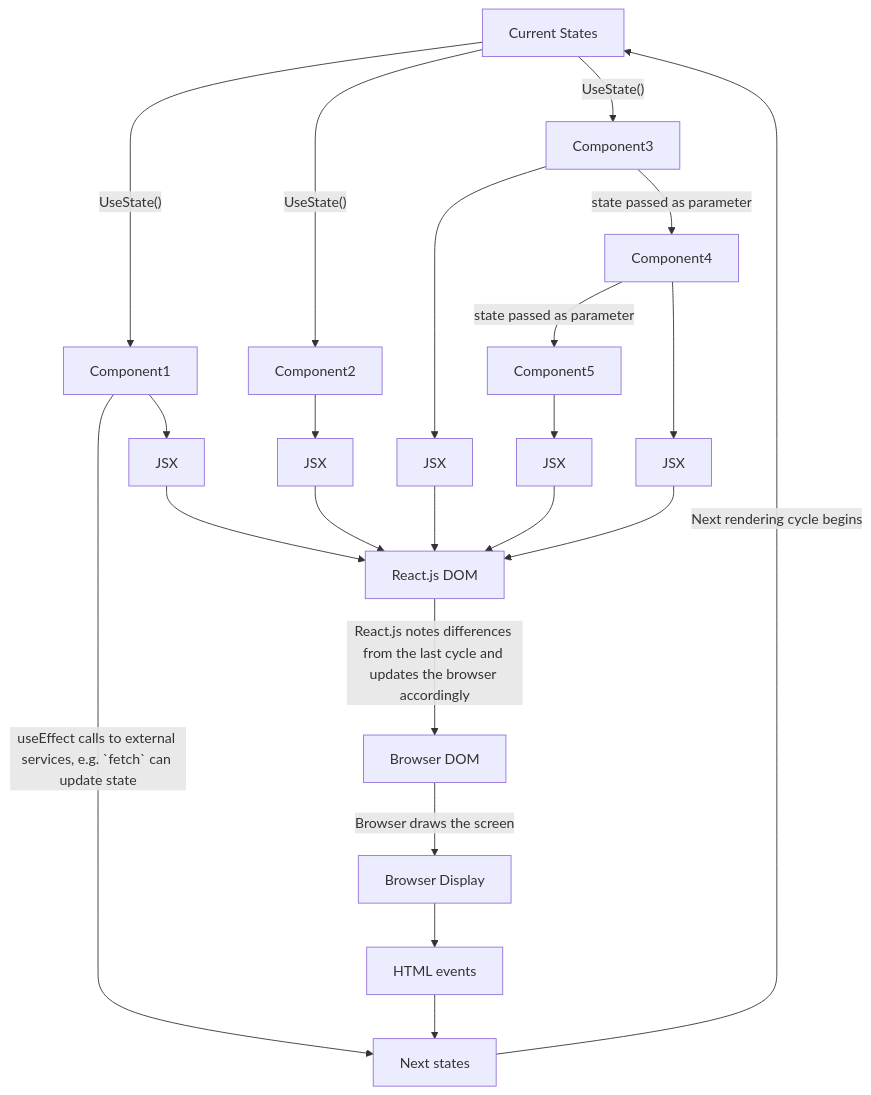
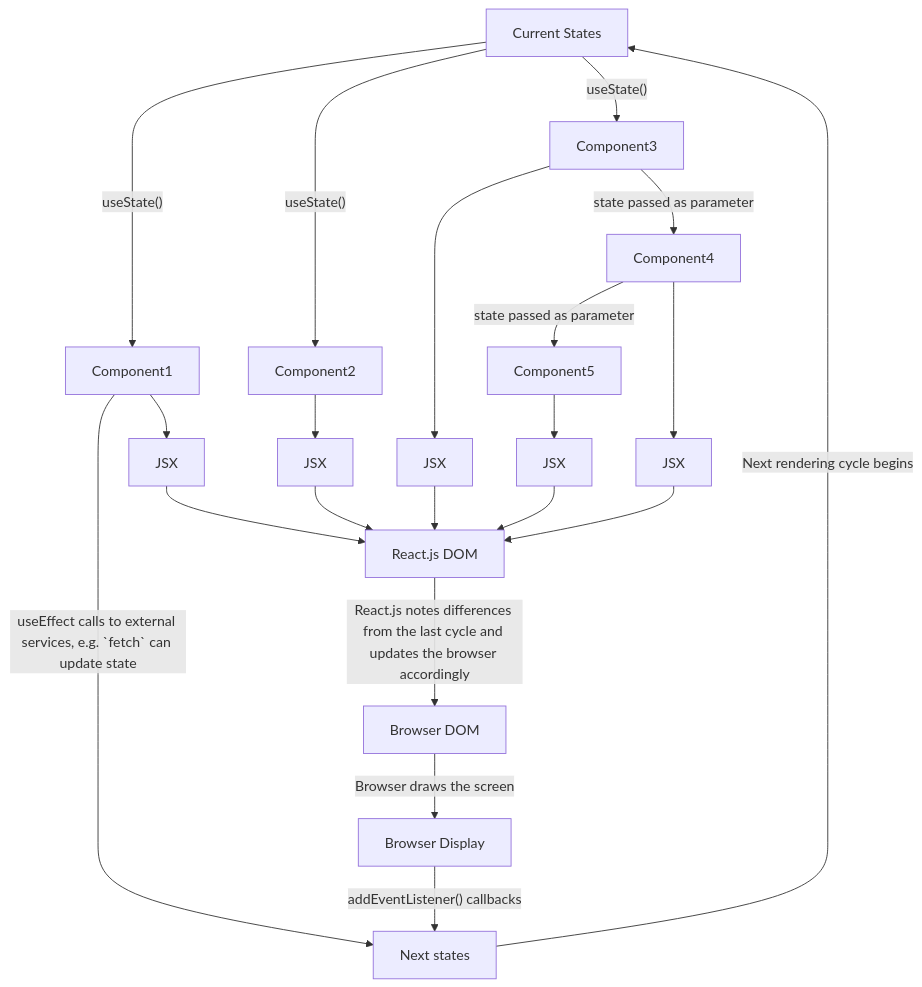
Before and after one commit to Billy-Spearman-WCCI/RaceCarExtension: the second of 5 diagrams in README.md, drawn with Mermaid.

Commit message:
useState is lowercase

````diff
--- a/README.md
+++ b/README.md
@@ -561,24 +561,23 @@
     ```mermaid
     graph TB;
-    state-->|"UseState()"|Component[Component1]
-    state-->|"UseState()"|Component2
-    state-->|"UseState()"|Component3
+    state-->|"useState()"|Component[Component1]
+    state-->|"useState()"|Component2
+    state-->|"useState()"|Component3
     Component2-->JSX2[JSX]
     JSX2-->ReactDOM
     Component3-->JSX3[JSX]
     JSX3-->ReactDOM
     Component4-->|state passed as parameter|Component5
     Component3-->|state passed as parameter|Component4
     Component4-->JSX4[JSX]
     Component5-->JSX5[JSX]
     JSX4-->ReactDOM
     JSX5-->ReactDOM
     Component-->|"useEffect" calls to external services, e.g. `fetch` can update state|nextState
     Component-->JSX
     JSX-->ReactDOM[React.js DOM]
     ReactDOM-->|React.js notes differences from the last cycle and updates the browser accordingly|BrowserDOM[Browser DOM]
     BrowserDOM-->|Browser draws the screen|Display[Browser Display]
-    Display-->BrowserEvents[HTML events]
-    BrowserEvents-->nextState
+    Display-->|"addEventListener() callbacks"|nextState
     nextState[Next states]-->|Next rendering cycle begins|state[Current States]
     ``` 
````
